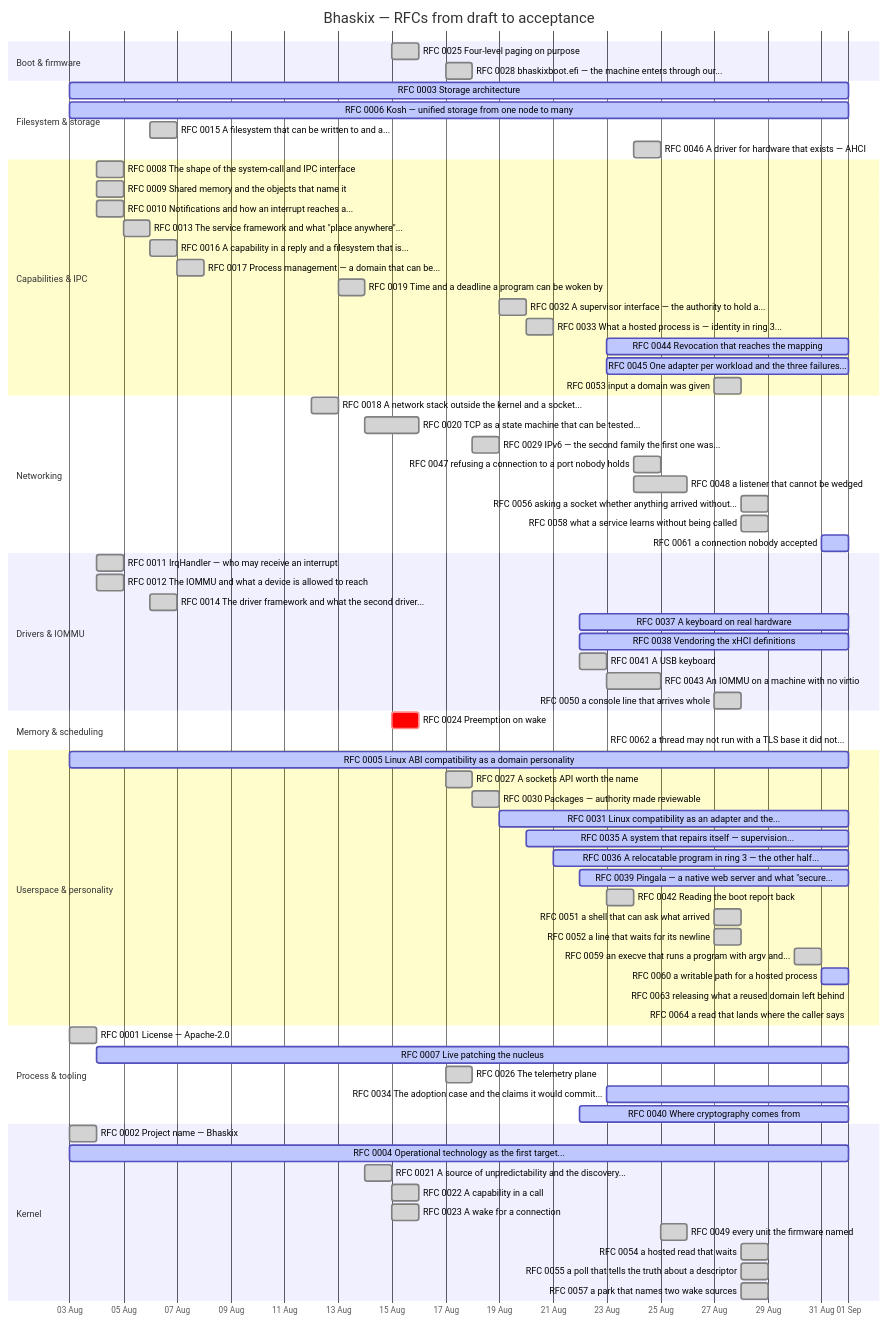
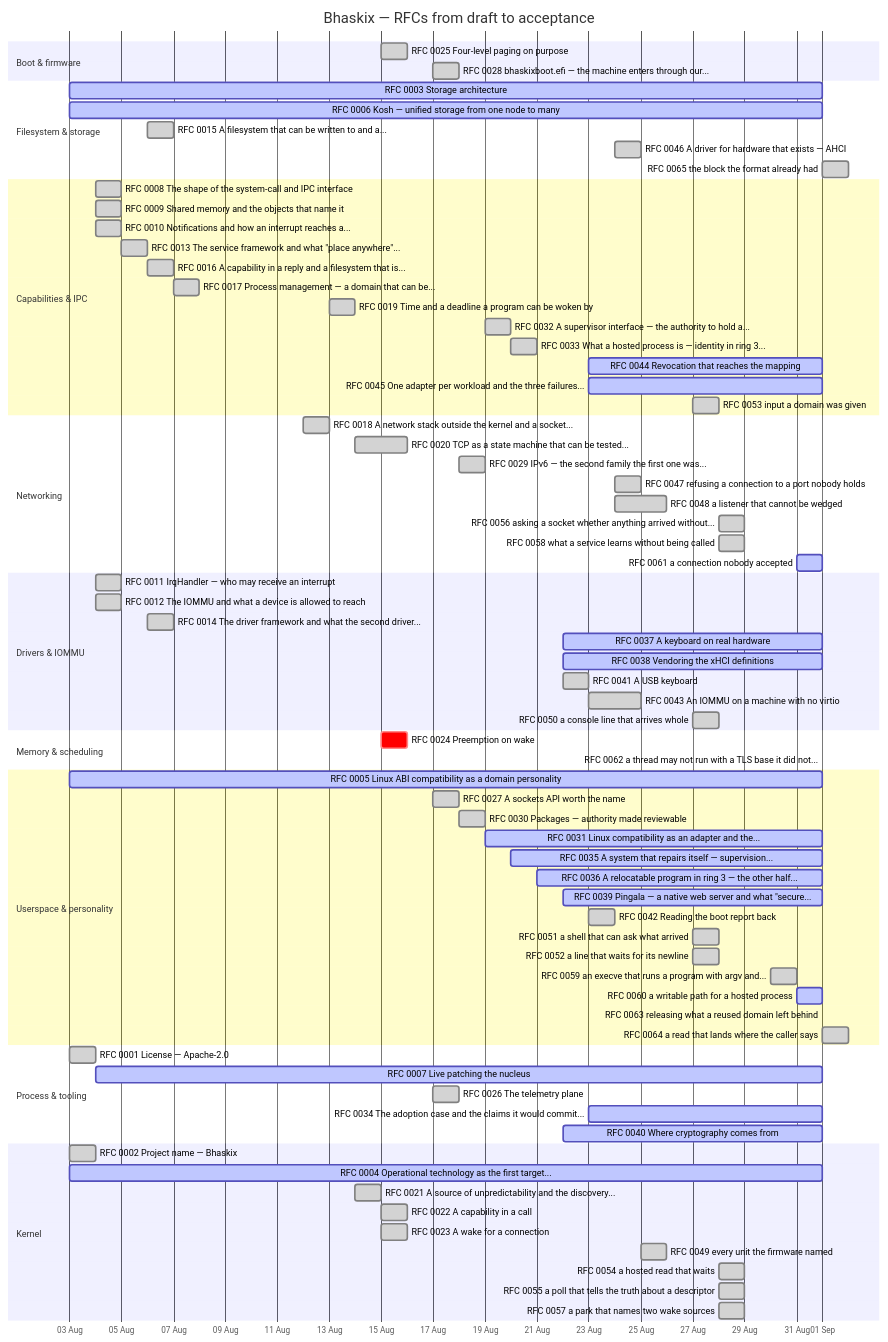
One commit to bhaskix/bhaskix changed the diagram in docs/progress.md. Above: the diagram before and after it, drawn with Mermaid. The commit also changed other lines of this file and 8 other files, not shown here.

````diff
--- a/docs/progress.md
+++ b/docs/progress.md
@@ -24,80 +24,81 @@
 ```mermaid
 gantt
     title Bhaskix — RFCs from draft to acceptance
     dateFormat YYYY-MM-DD
     axisFormat %d %b
     todayMarker off
     section Boot & firmware
     RFC 0025 Four-level paging on purpose :done, r0025, 2026-08-15, 2026-08-16
     RFC 0028 bhaskixboot.efi — the machine enters through our... :done, r0028, 2026-08-17, 2026-08-18
     section Filesystem & storage
     RFC 0003 Storage architecture :active, r0003, 2026-08-03, 2026-09-01
     RFC 0006 Kosh — unified storage from one node to many :active, r0006, 2026-08-03, 2026-09-01
     RFC 0015 A filesystem that can be written to and a... :done, r0015, 2026-08-06, 1d
     RFC 0046 A driver for hardware that exists — AHCI :done, r0046, 2026-08-24, 1d
+    RFC 0065 the block the format already had :done, r0065, 2026-09-01, 1d
     section Capabilities & IPC
     RFC 0008 The shape of the system-call and IPC interface :done, r0008, 2026-08-04, 1d
     RFC 0009 Shared memory and the objects that name it :done, r0009, 2026-08-04, 1d
     RFC 0010 Notifications and how an interrupt reaches a... :done, r0010, 2026-08-04, 1d
     RFC 0013 The service framework and what "place anywhere"... :done, r0013, 2026-08-05, 1d
     RFC 0016 A capability in a reply and a filesystem that is... :done, r0016, 2026-08-06, 2026-08-07
     RFC 0017 Process management — a domain that can be... :done, r0017, 2026-08-07, 1d
     RFC 0019 Time and a deadline a program can be woken by :done, r0019, 2026-08-13, 2026-08-14
     RFC 0032 A supervisor interface — the authority to hold a... :done, r0032, 2026-08-19, 2026-08-20
     RFC 0033 What a hosted process is — identity in ring 3... :done, r0033, 2026-08-20, 1d
     RFC 0044 Revocation that reaches the mapping :active, r0044, 2026-08-23, 2026-09-01
     RFC 0045 One adapter per workload and the three failures... :active, r0045, 2026-08-23, 2026-09-01
     RFC 0053 input a domain was given :done, r0053, 2026-08-27, 1d
     section Networking
     RFC 0018 A network stack outside the kernel and a socket... :done, r0018, 2026-08-12, 2026-08-13
     RFC 0020 TCP as a state machine that can be tested... :done, r0020, 2026-08-14, 2026-08-16
     RFC 0029 IPv6 — the second family the first one was... :done, r0029, 2026-08-18, 1d
     RFC 0047 refusing a connection to a port nobody holds :done, r0047, 2026-08-24, 1d
     RFC 0048 a listener that cannot be wedged :done, r0048, 2026-08-24, 2026-08-26
     RFC 0056 asking a socket whether anything arrived without... :done, r0056, 2026-08-28, 1d
     RFC 0058 what a service learns without being called :done, r0058, 2026-08-28, 1d
     RFC 0061 a connection nobody accepted :active, r0061, 2026-08-31, 2026-09-01
     section Drivers & IOMMU
     RFC 0011 IrqHandler — who may receive an interrupt :done, r0011, 2026-08-04, 1d
     RFC 0012 The IOMMU and what a device is allowed to reach :done, r0012, 2026-08-04, 1d
     RFC 0014 The driver framework and what the second driver... :done, r0014, 2026-08-06, 1d
     RFC 0037 A keyboard on real hardware :active, r0037, 2026-08-22, 2026-09-01
     RFC 0038 Vendoring the xHCI definitions :active, r0038, 2026-08-22, 2026-09-01
     RFC 0041 A USB keyboard :done, r0041, 2026-08-22, 2026-08-23
     RFC 0043 An IOMMU on a machine with no virtio :done, r0043, 2026-08-23, 2026-08-25
     RFC 0050 a console line that arrives whole :done, r0050, 2026-08-27, 1d
     section Memory & scheduling
     RFC 0024 Preemption on wake :crit, r0024, 2026-08-15, 1d
     RFC 0062 a thread may not run with a TLS base it did not... :active, r0062, 2026-09-01, 2026-09-01
     section Userspace & personality
     RFC 0005 Linux ABI compatibility as a domain personality :active, r0005, 2026-08-03, 2026-09-01
     RFC 0027 A sockets API worth the name :done, r0027, 2026-08-17, 1d
     RFC 0030 Packages — authority made reviewable :done, r0030, 2026-08-18, 2026-08-19
     RFC 0031 Linux compatibility as an adapter and the... :active, r0031, 2026-08-19, 2026-09-01
     RFC 0035 A system that repairs itself — supervision... :active, r0035, 2026-08-20, 2026-09-01
     RFC 0036 A relocatable program in ring 3 — the other half... :active, r0036, 2026-08-21, 2026-09-01
     RFC 0039 Pingala — a native web server and what "secure... :active, r0039, 2026-08-22, 2026-09-01
     RFC 0042 Reading the boot report back :done, r0042, 2026-08-23, 1d
     RFC 0051 a shell that can ask what arrived :done, r0051, 2026-08-27, 1d
     RFC 0052 a line that waits for its newline :done, r0052, 2026-08-27, 1d
     RFC 0059 an execve that runs a program with argv and... :done, r0059, 2026-08-30, 1d
     RFC 0060 a writable path for a hosted process :active, r0060, 2026-08-31, 2026-09-01
     RFC 0063 releasing what a reused domain left behind :active, r0063, 2026-09-01, 2026-09-01
-    RFC 0064 a read that lands where the caller says :active, r0064, 2026-09-01, 2026-09-01
+    RFC 0064 a read that lands where the caller says :done, r0064, 2026-09-01, 1d
     section Process & tooling
     RFC 0001 License — Apache-2.0 :done, r0001, 2026-08-03, 1d
     RFC 0007 Live patching the nucleus :active, r0007, 2026-08-04, 2026-09-01
     RFC 0026 The telemetry plane :done, r0026, 2026-08-17, 1d
     RFC 0034 The adoption case and the claims it would commit... :active, r0034, 2026-08-23, 2026-09-01
     RFC 0040 Where cryptography comes from :active, r0040, 2026-08-22, 2026-09-01
     section Kernel
     RFC 0002 Project name — Bhaskix :done, r0002, 2026-08-03, 1d
     RFC 0004 Operational technology as the first target... :active, r0004, 2026-08-03, 2026-09-01
     RFC 0021 A source of unpredictability and the discovery... :done, r0021, 2026-08-14, 1d
     RFC 0022 A capability in a call :done, r0022, 2026-08-15, 2026-08-16
     RFC 0023 A wake for a connection :done, r0023, 2026-08-15, 2026-08-16
     RFC 0049 every unit the firmware named :done, r0049, 2026-08-25, 1d
     RFC 0054 a hosted read that waits :done, r0054, 2026-08-28, 1d
     RFC 0055 a poll that tells the truth about a descriptor :done, r0055, 2026-08-28, 1d
     RFC 0057 a park that names two wake sources :done, r0057, 2026-08-28, 1d
 ```
````
